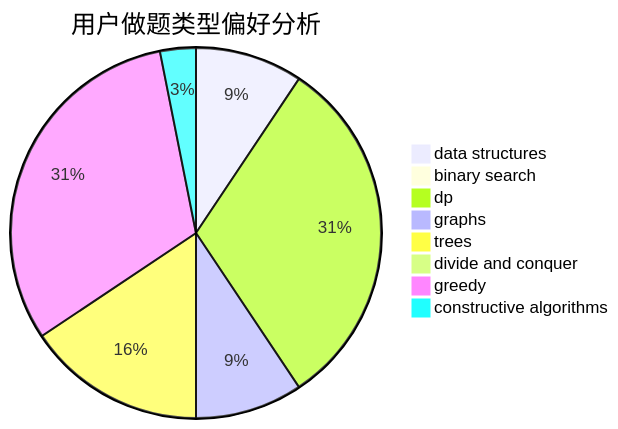
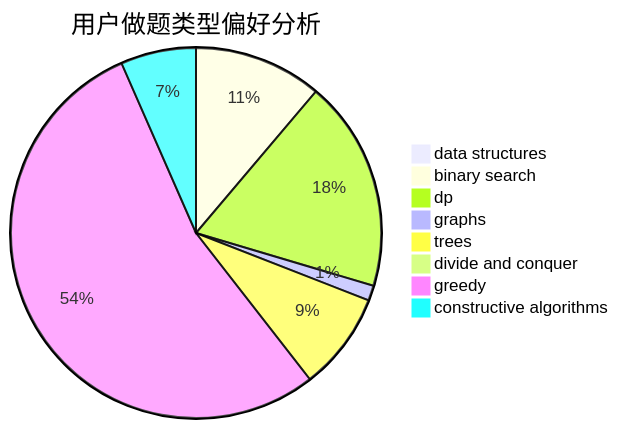
One commit to sherpahu/cfrs.github.io changed the second of 3 diagrams in docs/user/u2192.md. Above: the diagram before and after it, drawn with Mermaid. The commit also changed other lines of this file and 2770 other files, not shown here.

````diff
--- a/docs/user/u2192.md
+++ b/docs/user/u2192.md
@@ -23,11 +23,11 @@
 ```mermaid
 pie title 用户做题类型偏好分析
-    "data structures" :  3
-    "binary search" :  0
-    "dp" :  10
-    "graphs" :  3
-    "trees" :  5
+    "data structures" :  0
+    "binary search" :  17
+    "dp" :  28
+    "graphs" :  2
+    "trees" :  13
     "divide and conquer" :  0
-    "greedy" :  10
-    "constructive algorithms" :  1
+    "greedy" :  82
+    "constructive algorithms" :  10
 ```
````
